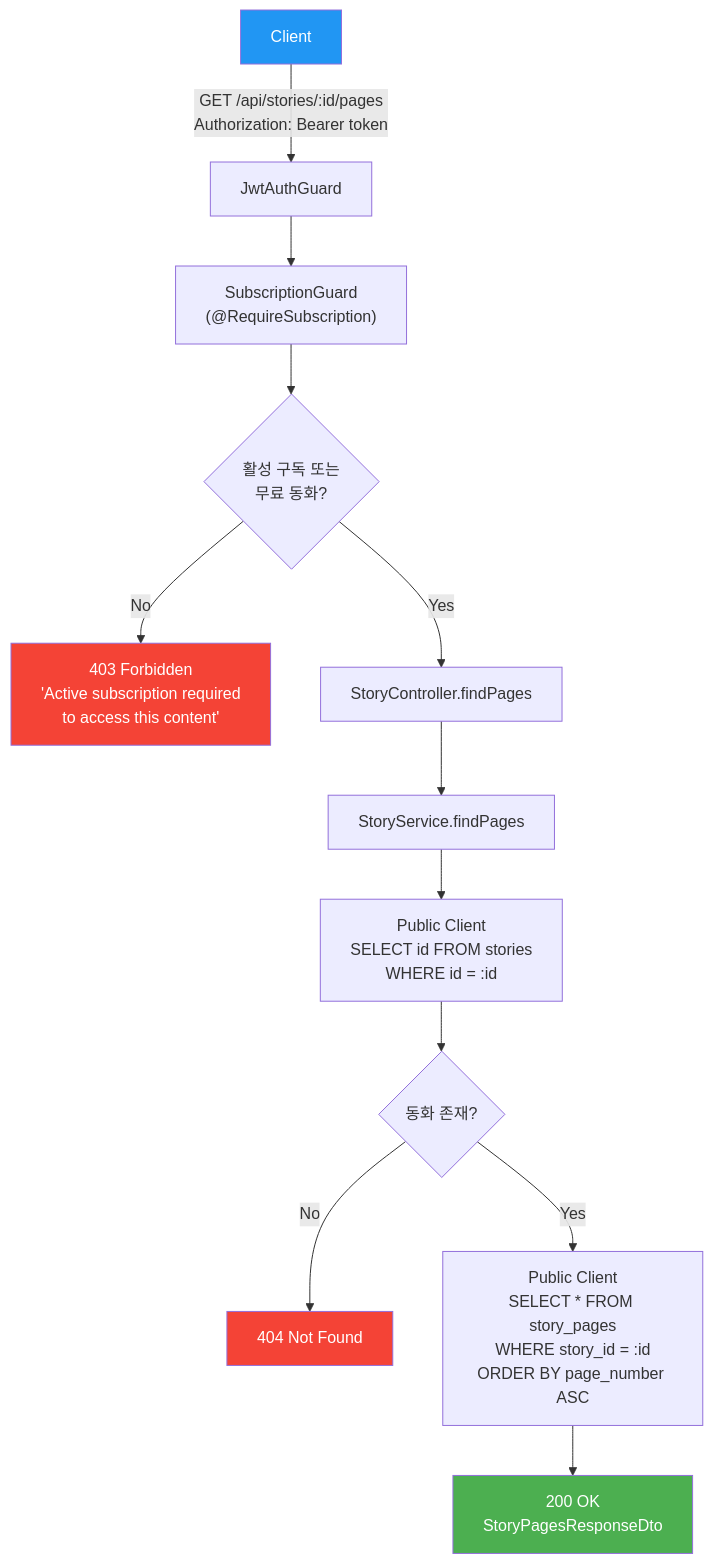
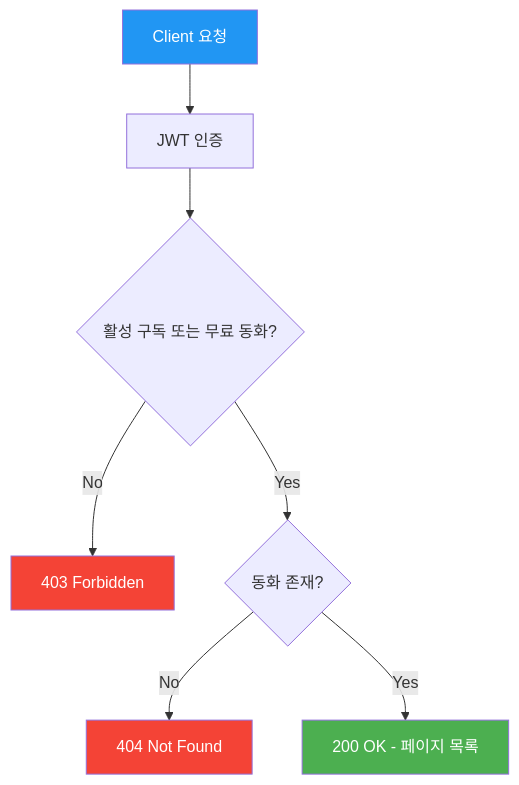
One commit to youngkim90/ddukddak-api changed the fifth of 6 diagrams in docs/api/story-api.md. Above: the diagram before and after it, drawn with Mermaid. The commit also changed other lines of this file and 5 other files, not shown here.

First line of the commit message:
docs: simplify flowcharts with dual API/code flow structure

````diff
--- a/docs/api/story-api.md
+++ b/docs/api/story-api.md
@@ -145,19 +154,14 @@
 ```mermaid
 flowchart TD
-    A[Client] -->|"GET /api/stories/:id/pages<br/>Authorization: Bearer token"| B[JwtAuthGuard]
-    B --> C["SubscriptionGuard<br/>(@RequireSubscription)"]
-    C --> D{활성 구독 또는<br/>무료 동화?}
-    D -- No --> E["403 Forbidden<br/>'Active subscription required<br/>to access this content'"]
-    D -- Yes --> F[StoryController.findPages]
-    F --> G[StoryService.findPages]
-    G --> H["Public Client<br/>SELECT id FROM stories<br/>WHERE id = :id"]
-    H --> I{동화 존재?}
-    I -- No --> J["404 Not Found"]
-    I -- Yes --> K["Public Client<br/>SELECT * FROM story_pages<br/>WHERE story_id = :id<br/>ORDER BY page_number ASC"]
-    K --> L["200 OK<br/>StoryPagesResponseDto"]
+    A[Client 요청] --> B[JWT 인증]
+    B --> C{활성 구독 또는 무료 동화?}
+    C -- No --> D[403 Forbidden]
+    C -- Yes --> E{동화 존재?}
+    E -- No --> F[404 Not Found]
+    E -- Yes --> G[200 OK - 페이지 목록]
 
     style A fill:#2196f3,color:#fff
-    style E fill:#f44336,color:#fff
-    style J fill:#f44336,color:#fff
-    style L fill:#4caf50,color:#fff
+    style D fill:#f44336,color:#fff
+    style F fill:#f44336,color:#fff
+    style G fill:#4caf50,color:#fff
 ```
````
